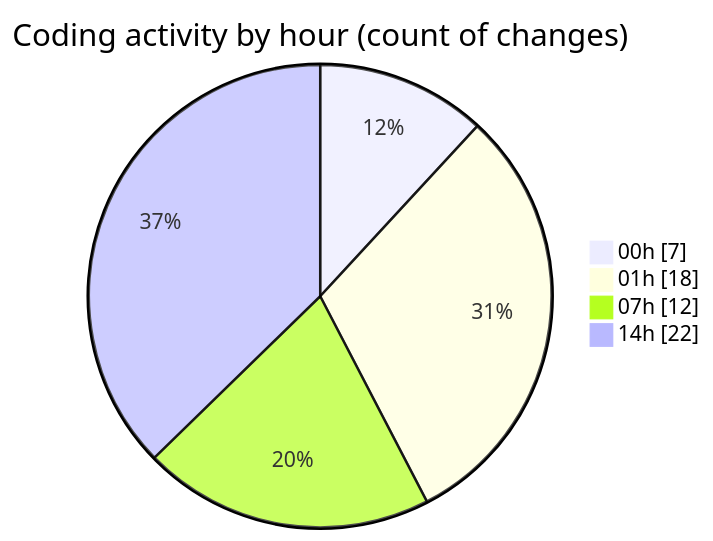
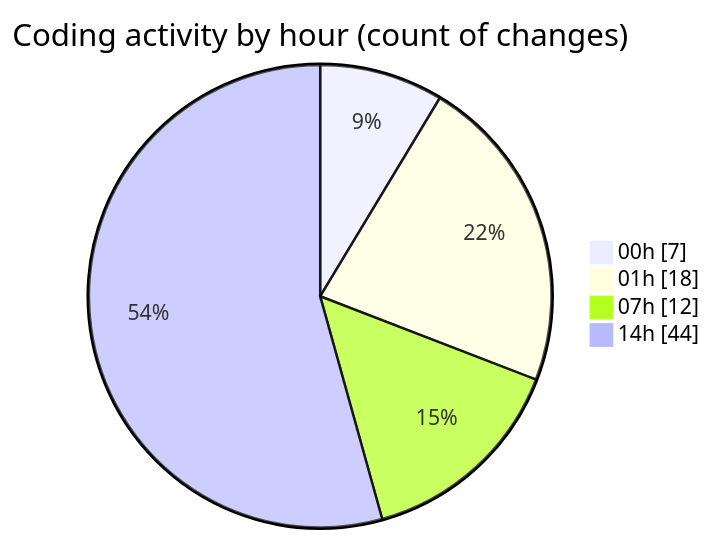
One commit to tmsrecording-cyber/code-tracking changed the second of 2 diagrams in 2026-04-24/darkwire/README.md. Above: the diagram before and after it, drawn with Mermaid. The commit also changed other lines of this file and 1 other file, not shown here.

````diff
--- a/2026-04-24/darkwire/README.md
+++ b/2026-04-24/darkwire/README.md
@@ -48,8 +48,8 @@
 ```mermaid
 pie showData
 title Coding activity by hour (count of changes)
 "00h" : 7
 "01h" : 18
 "07h" : 12
-"14h" : 22
+"14h" : 44
 ```
````
